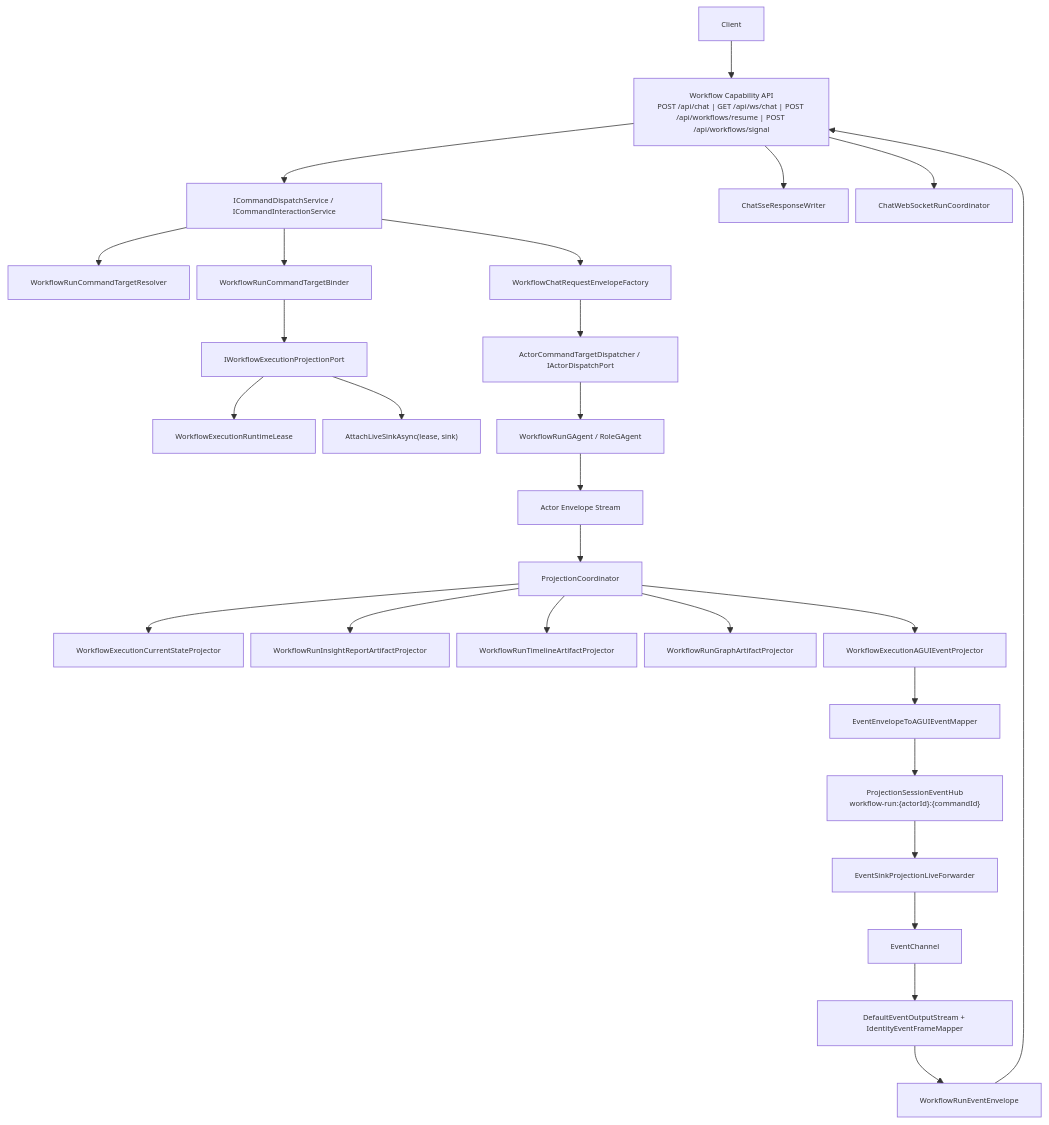
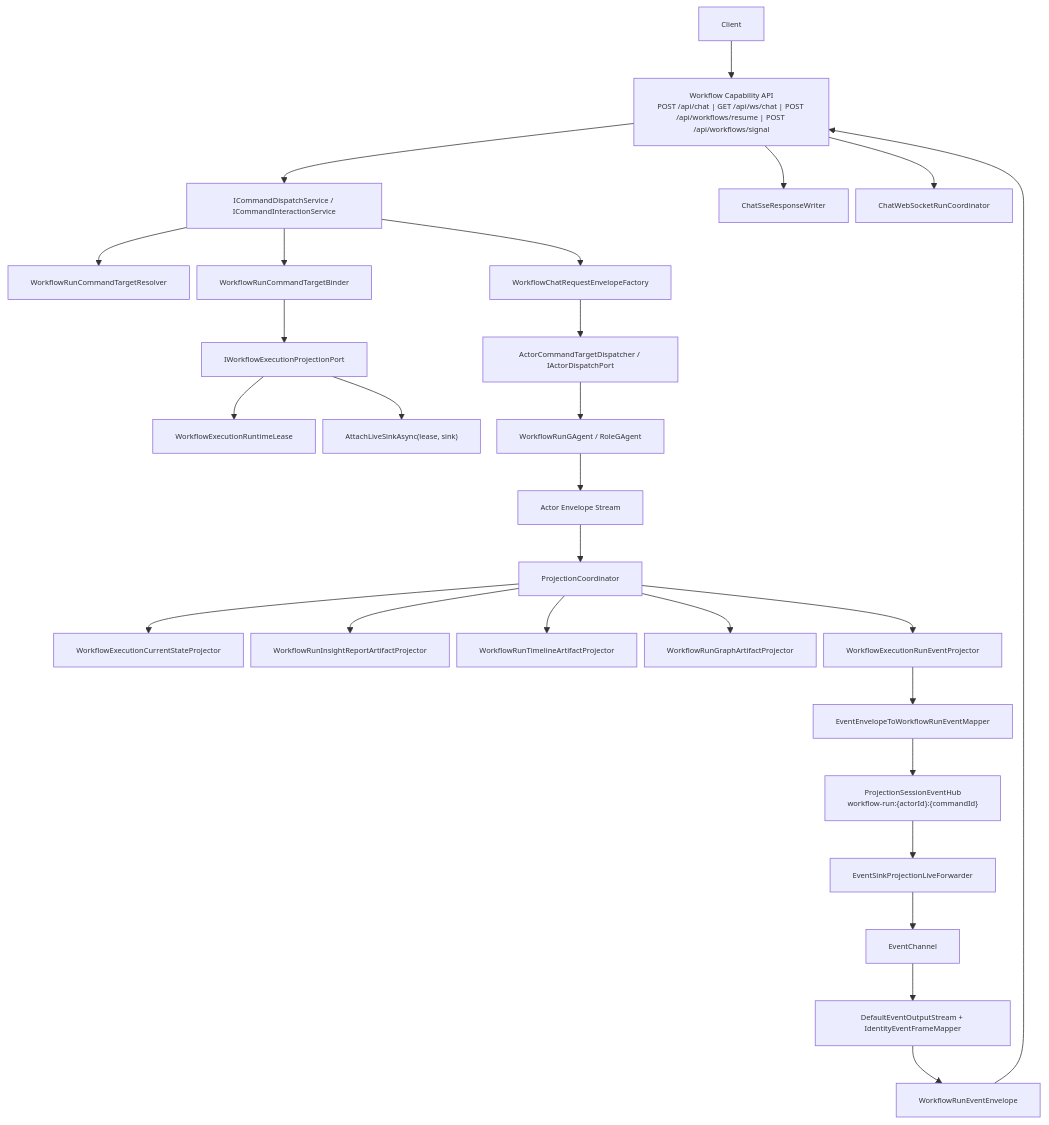
Before and after one commit to aevatarAI/aevatar: the first of 5 diagrams in docs/canon/llm-streaming.md, drawn with Mermaid. The commit also changed other lines of this file and 2 other files, not shown here.

First line of the commit message:
Update workflow streaming canon to current run-event projector names (cluster-015)

````diff
--- a/docs/canon/llm-streaming.md
+++ b/docs/canon/llm-streaming.md
@@ -64,30 +65,30 @@
 ```mermaid
 %%{init: {"maxTextSize": 100000, "flowchart": {"useMaxWidth": false, "nodeSpacing": 10, "rankSpacing": 50}, "themeVariables": {"fontSize": "10px"}}}%%
 flowchart TB
     C["Client"] --> H["Workflow Capability API\nPOST /api/chat | GET /api/ws/chat | POST /api/workflows/resume | POST /api/workflows/signal"]
     H --> CMD["ICommandDispatchService / ICommandInteractionService"]
     CMD --> RES["WorkflowRunCommandTargetResolver"]
     CMD --> BND["WorkflowRunCommandTargetBinder"]
     BND --> LIF["IWorkflowExecutionProjectionPort"]
     LIF --> LEASE["WorkflowExecutionRuntimeLease"]
     LIF --> SUB["AttachLiveSinkAsync(lease, sink)"]
     CMD --> FAC["WorkflowChatRequestEnvelopeFactory"]
     FAC --> DSP["ActorCommandTargetDispatcher / IActorDispatchPort"]
     DSP --> ACT["WorkflowRunGAgent / RoleGAgent"]
     ACT --> EVT["Actor Envelope Stream"]
     EVT --> COOR["ProjectionCoordinator"]
     COOR --> RM1["WorkflowExecutionCurrentStateProjector"]
     COOR --> RM2["WorkflowRunInsightReportArtifactProjector"]
     COOR --> RM3["WorkflowRunTimelineArtifactProjector"]
     COOR --> RM4["WorkflowRunGraphArtifactProjector"]
-    COOR --> AGP["WorkflowExecutionAGUIEventProjector"]
-    AGP --> MAP["EventEnvelopeToAGUIEventMapper"]
+    COOR --> REP["WorkflowExecutionRunEventProjector"]
+    REP --> MAP["EventEnvelopeToWorkflowRunEventMapper"]
     MAP --> HUB["ProjectionSessionEventHub\nworkflow-run:{actorId}:{commandId}"]
-    HUB --> FWD["EventSinkProjectionLiveForwarder<WorkflowExecutionRuntimeLease, WorkflowRunEvent>"]
-    FWD --> CH["EventChannel<WorkflowRunEvent>"]
+    HUB --> FWD["EventSinkProjectionLiveForwarder<WorkflowExecutionRuntimeLease, WorkflowRunEventEnvelope>"]
+    FWD --> CH["EventChannel<WorkflowRunEventEnvelope>"]
     CH --> STR["DefaultEventOutputStream + IdentityEventFrameMapper"]
     STR --> FR["WorkflowRunEventEnvelope"]
     FR --> H
     H --> SSE["ChatSseResponseWriter"]
     H --> WS["ChatWebSocketRunCoordinator"]
 ```
````
